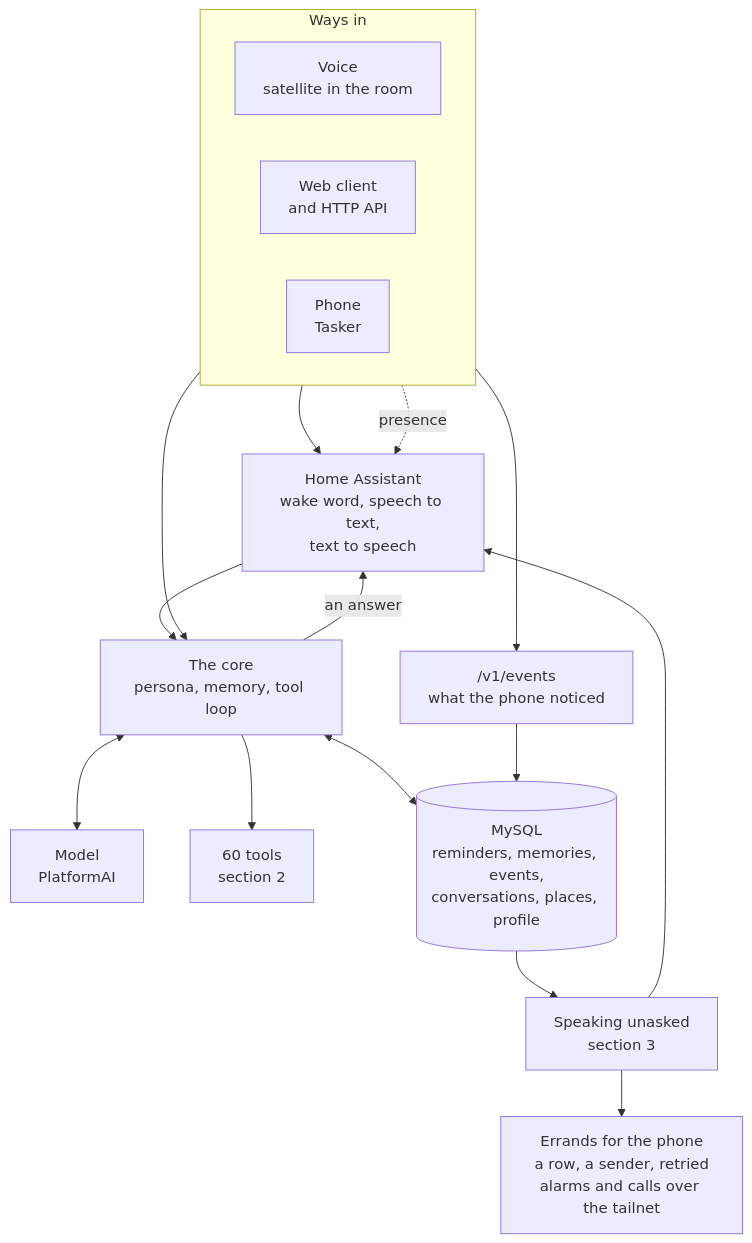
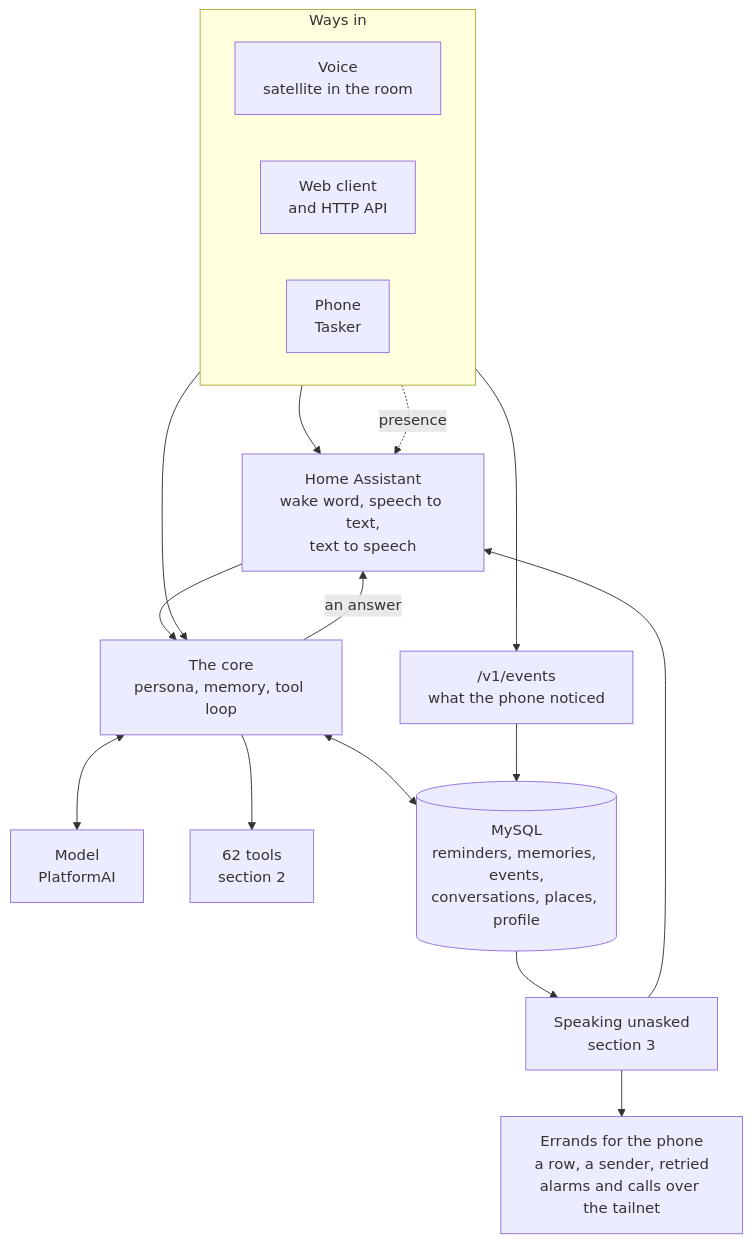
Before and after one commit to DhanushRamesh/personal-assistant: the first of 5 diagrams in FEATURES.md, drawn with Mermaid. The commit also changed other lines of this file and 8 other files, not shown here.

````diff
--- a/FEATURES.md
+++ b/FEATURES.md
@@ -19,36 +19,36 @@
 ```mermaid
 flowchart TB
     subgraph IN["Ways in"]
         direction LR
         SAT["Voice<br/>satellite in the room"]
         WEB["Web client<br/>and HTTP API"]
         PHONE["Phone<br/>Tasker"]
     end
 
     HA["Home Assistant<br/>wake word, speech to text,<br/>text to speech"]
     EVENTS["/v1/events<br/>what the phone noticed"]
 
     SAT --> HA
     PHONE --> EVENTS
     PHONE -. "presence" .-> HA
     HA --> CORE
     WEB --> CORE
 
     CORE["The core<br/>persona, memory, tool loop"]
     MODEL["Model<br/>PlatformAI"]
-    TOOLS["60 tools<br/>section 2"]
+    TOOLS["62 tools<br/>section 2"]
     DB[("MySQL<br/>reminders, memories, events,<br/>conversations, places, profile")]
 
     CORE <--> MODEL
     CORE --> TOOLS
     CORE <--> DB
     EVENTS --> DB
     CORE -- "an answer" --> HA
 
     UNASKED["Speaking unasked<br/>section 3"]
     ALARMS["Errands for the phone<br/>a row, a sender, retried<br/>alarms and calls over the tailnet"]
 
     DB --> UNASKED
     UNASKED --> HA
     UNASKED --> ALARMS
 ```
````
